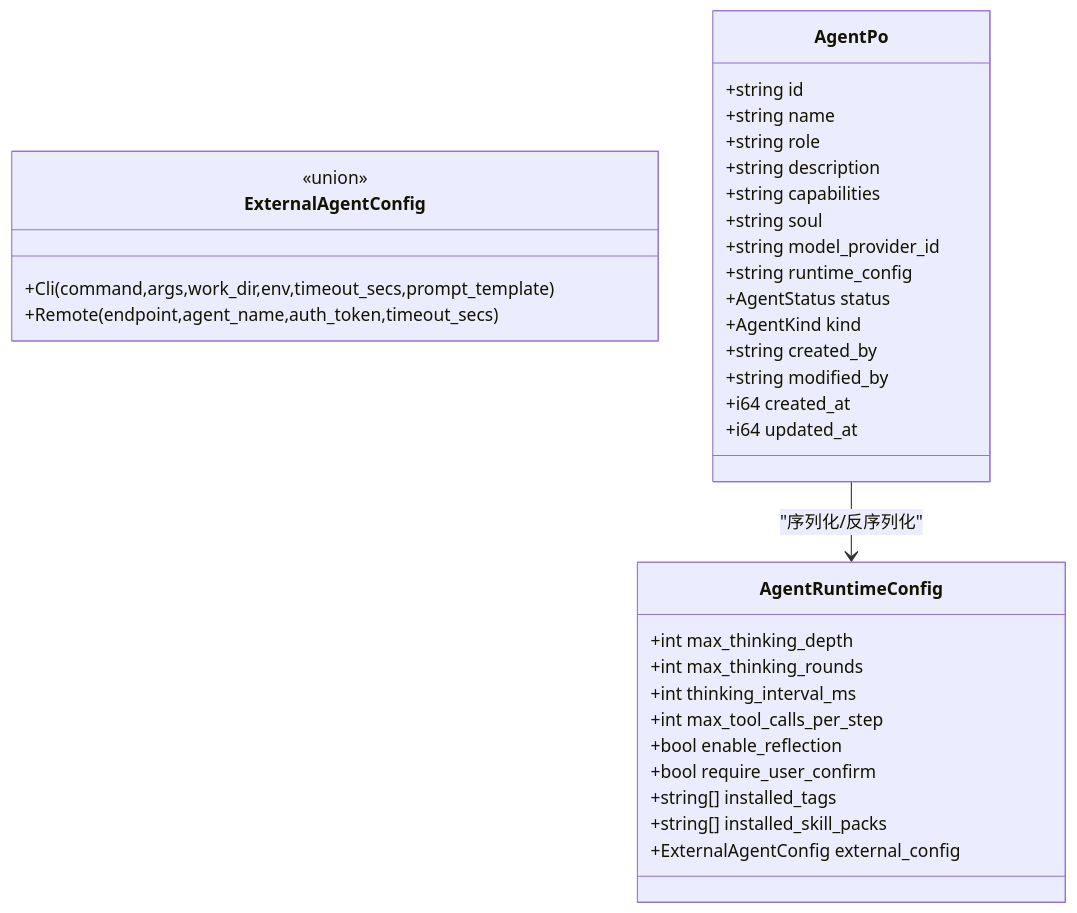
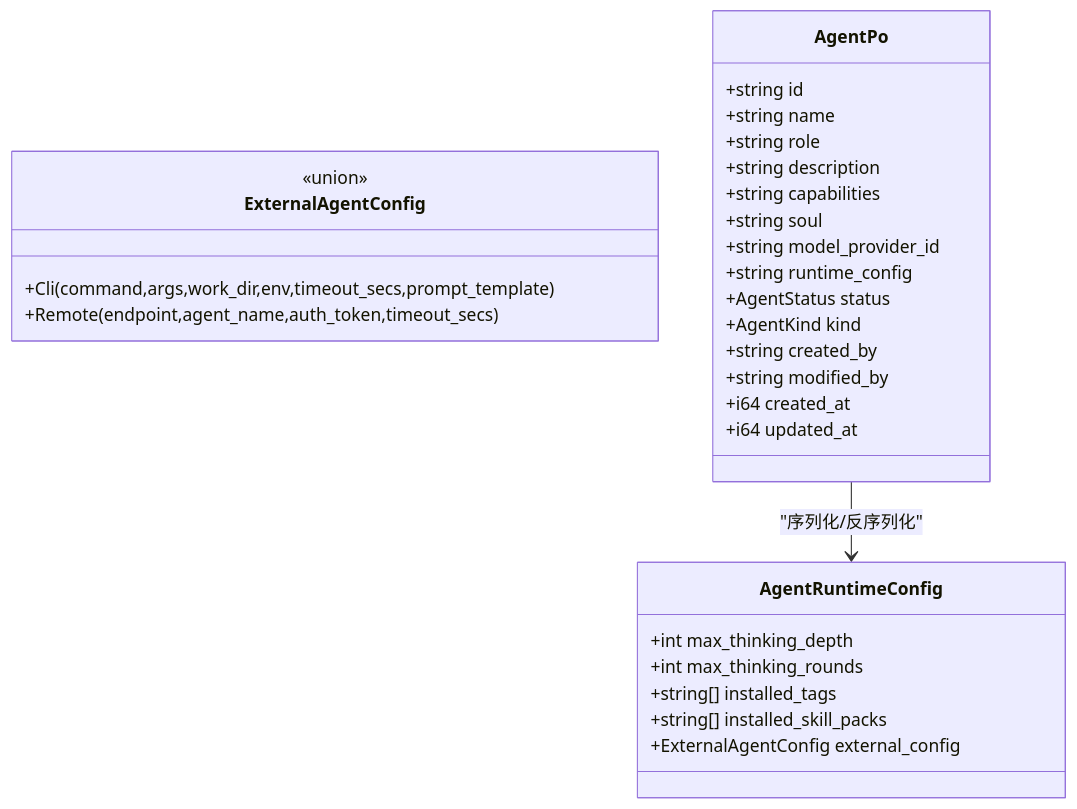
One commit to runningcoders/ai_orz changed the sixth of 7 diagrams in docs/wiki/zh/content/API 参考/RESTful API/人力资源模块 API/人力资源模块 API.md. Above: the diagram before and after it, drawn with Mermaid. The commit also changed other lines of this file and 20 other files, not shown here.

````diff
--- a/docs/wiki/zh/content/API 参考/RESTful API/人力资源模块 API/人力资源模块 API.md
+++ b/docs/wiki/zh/content/API 参考/RESTful API/人力资源模块 API/人力资源模块 API.md
@@ -274,36 +274,32 @@
 ```mermaid
 classDiagram
 class AgentRuntimeConfig {
 +int max_thinking_depth
 +int max_thinking_rounds
-+int thinking_interval_ms
-+int max_tool_calls_per_step
-+bool enable_reflection
-+bool require_user_confirm
 +string[] installed_tags
 +string[] installed_skill_packs
 +ExternalAgentConfig external_config
 }
 class ExternalAgentConfig {
 <<union>>
 +Cli(command,args,work_dir,env,timeout_secs,prompt_template)
 +Remote(endpoint,agent_name,auth_token,timeout_secs)
 }
 class AgentPo {
 +string id
 +string name
 +string role
 +string description
 +string capabilities
 +string soul
 +string model_provider_id
 +string runtime_config
 +AgentStatus status
 +AgentKind kind
 +string created_by
 +string modified_by
 +i64 created_at
 +i64 updated_at
 }
 AgentPo --> AgentRuntimeConfig : "序列化/反序列化"
 ```
````
